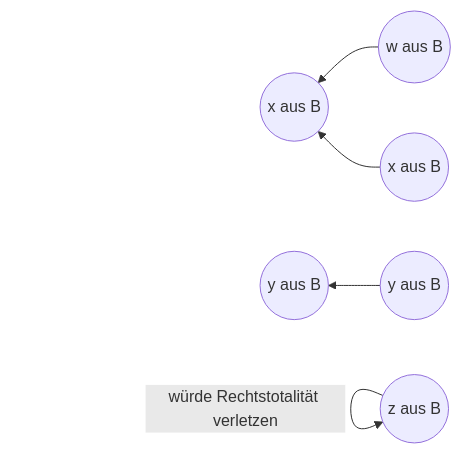
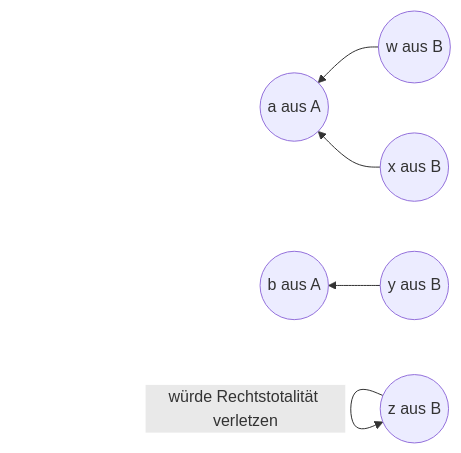
Diagram 19 of 19 in README.md (LeonStoldt/discreteMathematics), drawn with Mermaid before and after one commit. The commit also changed other lines of this file, not shown here.

Commit message:
README.md updated from https://stackedit.io/

````diff
--- a/README.md
+++ b/README.md
@@ -455,7 +455,7 @@
 ``` mermaid
 graph RL
-a((w aus B)) --> x((x aus B))
-b((x aus B)) --> x
-c((y aus B)) --> y((y aus B))
-d((z aus B)) --würde Rechtstotalität verletzen--> d
+w((w aus B)) --> a((a aus A))
+x((x aus B)) --> a
+y((y aus B)) --> b((b aus A))
+z((z aus B)) --würde Rechtstotalität verletzen--> z
 ```
````
